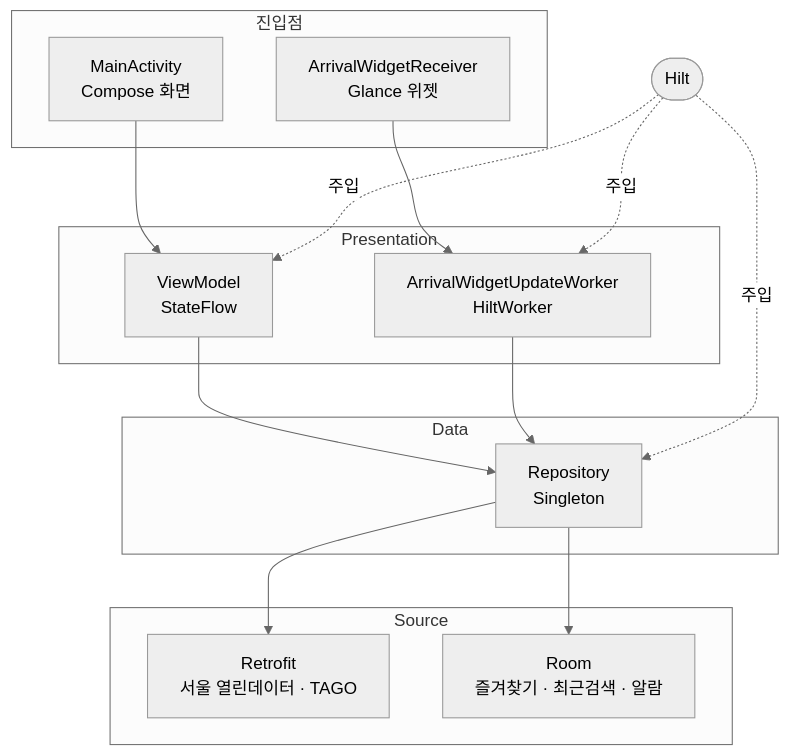
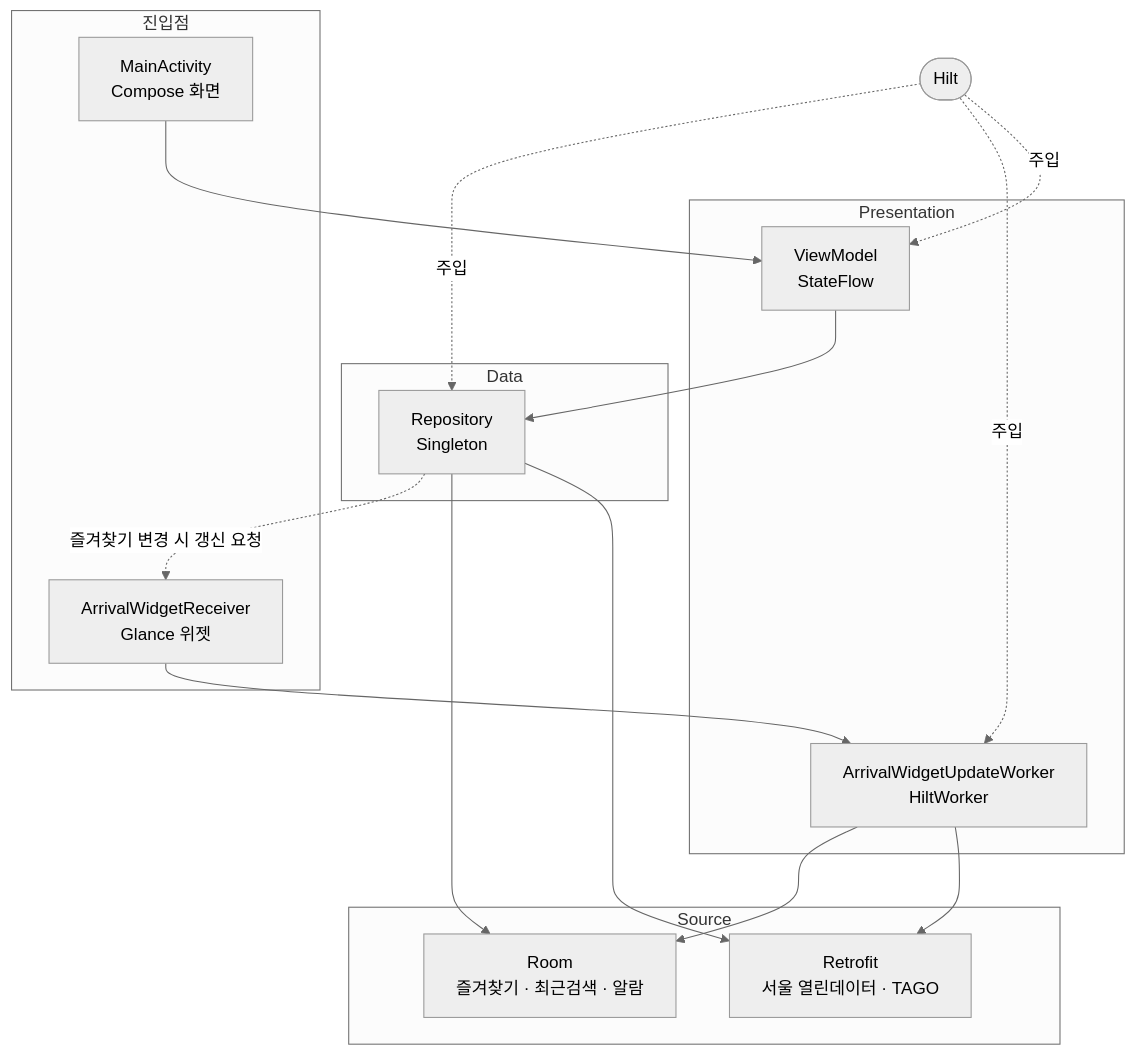
The diagram in README.md (BaekJongHyeok/Ezegot), drawn with Mermaid (neutral theme) before and after one commit. The commit also changed other lines of this file and 1 other file, not shown here.

````diff
--- a/README.md
+++ b/README.md
@@ -53,32 +53,36 @@
 ```mermaid
 flowchart TD
     subgraph entry["진입점"]
         A["MainActivity<br/>Compose 화면"]
         W["ArrivalWidgetReceiver<br/>Glance 위젯"]
     end
 
     subgraph presentation["Presentation"]
         VM["ViewModel<br/>StateFlow"]
         WK["ArrivalWidgetUpdateWorker<br/>HiltWorker"]
     end
 
     subgraph data["Data"]
         R["Repository<br/>Singleton"]
     end
 
     subgraph source["Source"]
         API["Retrofit<br/>서울 열린데이터 · TAGO"]
         DB["Room<br/>즐겨찾기 · 최근검색 · 알람"]
     end
 
     A --> VM
-    W --> WK
     VM --> R
-    WK --> R
     R --> API
     R --> DB
+
+    W --> WK
+    WK --> API
+    WK --> DB
+
+    R -."즐겨찾기 변경 시 갱신 요청".-> W
 
     HILT(["Hilt"]) -.주입.-> VM
     HILT -.주입.-> WK
     HILT -.주입.-> R
 ```
````
